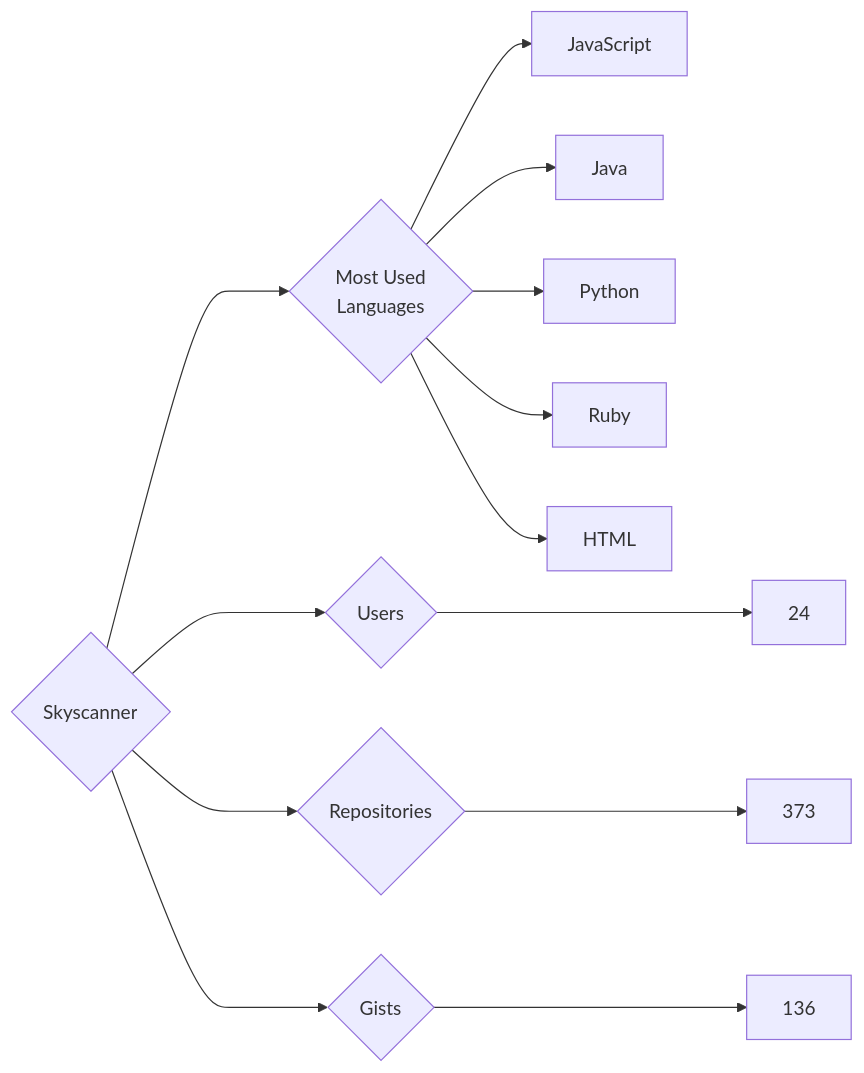
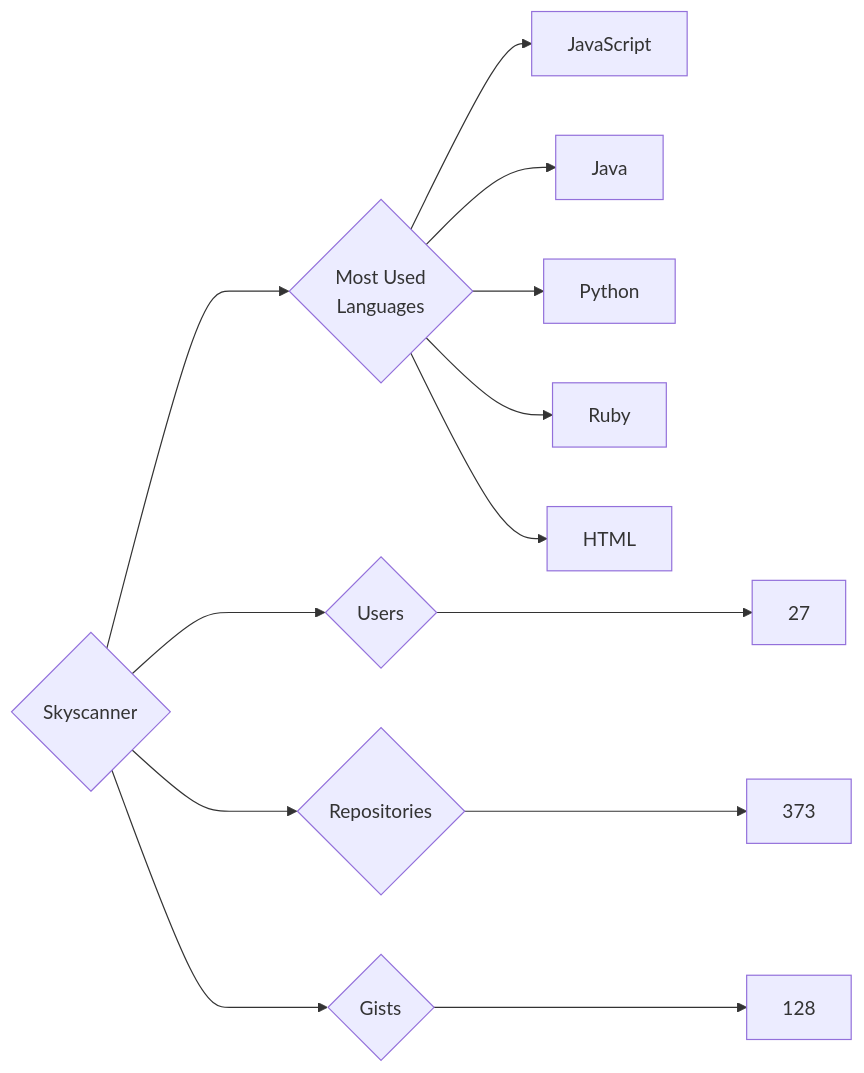
The diagram in targets/Skyscanner/README.md (trickest/insiders), drawn with Mermaid before and after one commit. The commit also changed 953 other files, not shown here.

````diff
--- a/targets/Skyscanner/README.md
+++ b/targets/Skyscanner/README.md
@@ -3,13 +3,13 @@
 ```mermaid
 graph LR
 COMPANY_NAME{Skyscanner}
-COMPANY_NAME ---> U{Users} ---> UN[24]
+COMPANY_NAME ---> U{Users} ---> UN[27]
 COMPANY_NAME ---> R{Repositories} ---> RN[373]
-COMPANY_NAME ---> G{Gists} ---> GN[136]
+COMPANY_NAME ---> G{Gists} ---> GN[128]
 COMPANY_NAME ---> ML{Most Used<br>Languages}
 ML --> JavaScript[JavaScript]
 ML --> Java[Java]
 ML --> Python[Python]
 ML --> Ruby[Ruby]
 ML --> HTML[HTML]
 ```
````
